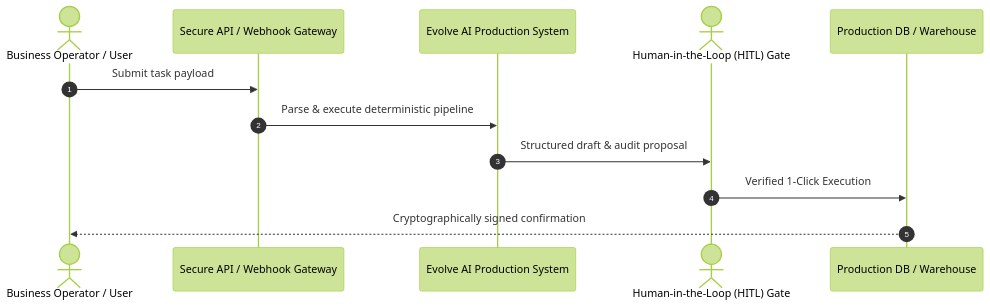
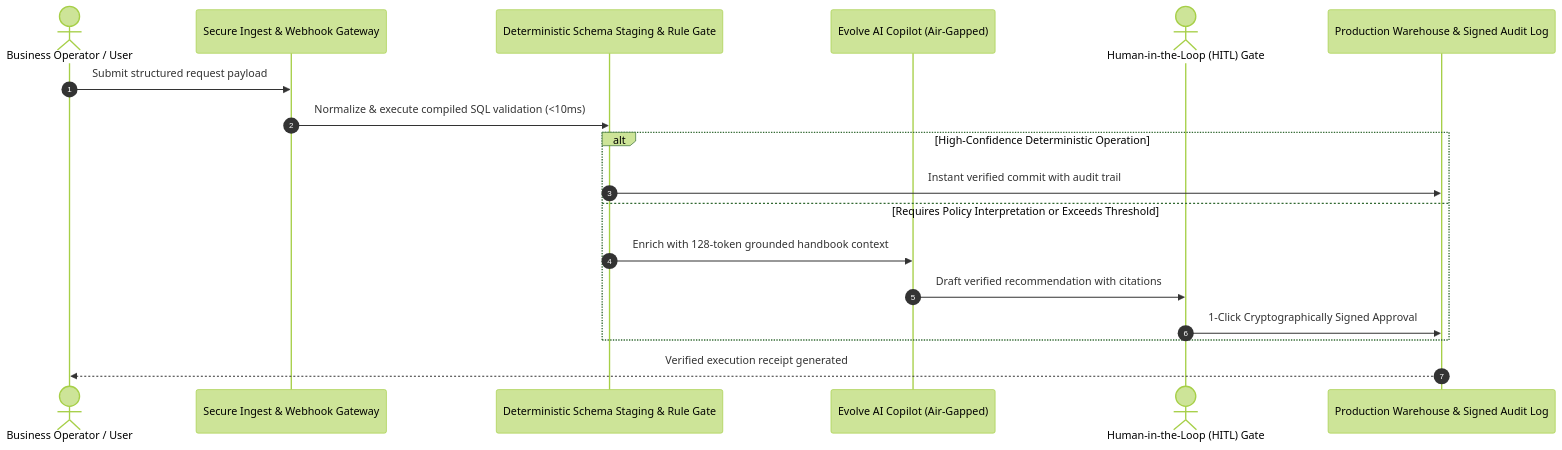
The diagram in docs/WORKFLOW_TOPOLOGY.md (EvolveMinds/codeforge-ai-vscode), drawn with Mermaid (forest theme) before and after one commit. The commit also changed other lines of this file and 3 other files, not shown here.

````diff
--- a/docs/WORKFLOW_TOPOLOGY.md
+++ b/docs/WORKFLOW_TOPOLOGY.md
@@ -4,15 +4,21 @@
 ```mermaid
 sequenceDiagram
     autonumber
-    actor Operator as Business Operator / User
-    participant Ingest as Secure API / Webhook Gateway
-    participant Agent as Evolve AI Production System
+    actor User as Business Operator / User
+    participant Gateway as Secure Ingest & Webhook Gateway
+    participant Staging as Deterministic Schema Staging & Rule Gate
+    participant AI as Evolve AI Copilot (Air-Gapped)
     actor Supervisor as Human-in-the-Loop (HITL) Gate
-    participant Target as Production DB / Warehouse
+    participant ProdDB as Production Warehouse & Signed Audit Log
     
-    Operator->>Ingest: Submit task payload
-    Ingest->>Agent: Parse & execute deterministic pipeline
-    Agent->>Supervisor: Structured draft & audit proposal
-    Supervisor->>Target: Verified 1-Click Execution
-    Target-->>Operator: Cryptographically signed confirmation
+    User->>Gateway: Submit structured request payload
+    Gateway->>Staging: Normalize & execute compiled SQL validation (<10ms)
+    alt High-Confidence Deterministic Operation
+        Staging->>ProdDB: Instant verified commit with audit trail
+    else Requires Policy Interpretation or Exceeds Threshold
+        Staging->>AI: Enrich with 128-token grounded handbook context
+        AI->>Supervisor: Draft verified recommendation with citations
+        Supervisor->>ProdDB: 1-Click Cryptographically Signed Approval
+    end
+    ProdDB-->>User: Verified execution receipt generated
 ```
````
